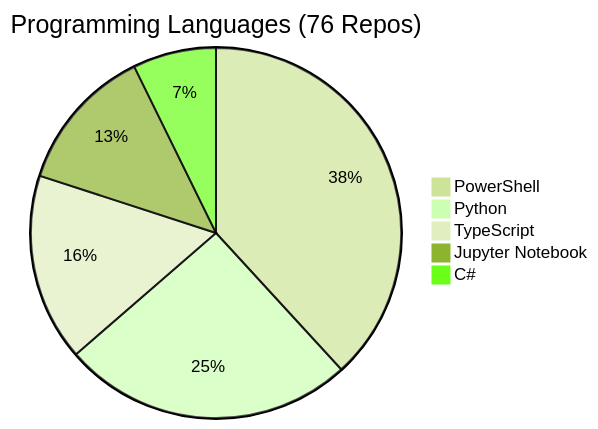
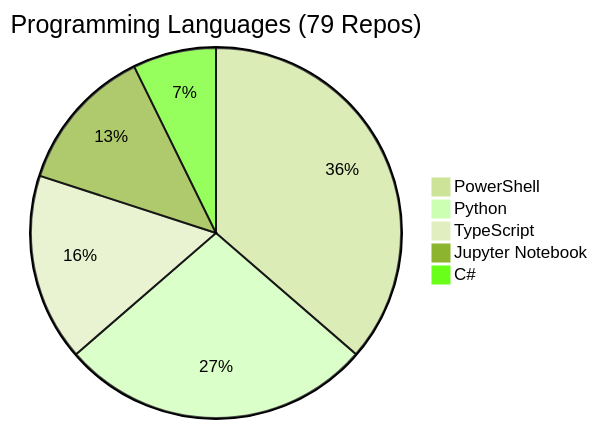
The diagram in REPOS.md (fabioc-aloha/fabioc-aloha), drawn with Mermaid (forest theme) before and after one commit. The commit also changed other lines of this file and 1 other file, not shown here.

````diff
--- a/REPOS.md
+++ b/REPOS.md
@@ -119,8 +122,8 @@
 ```mermaid
-pie title Programming Languages (76 Repos)
-    "PowerShell" : 21
-    "Python" : 14
+pie title Programming Languages (79 Repos)
+    "PowerShell" : 20
+    "Python" : 15
     "TypeScript" : 9
     "Jupyter Notebook" : 7
     "C#" : 4
 ```
````
